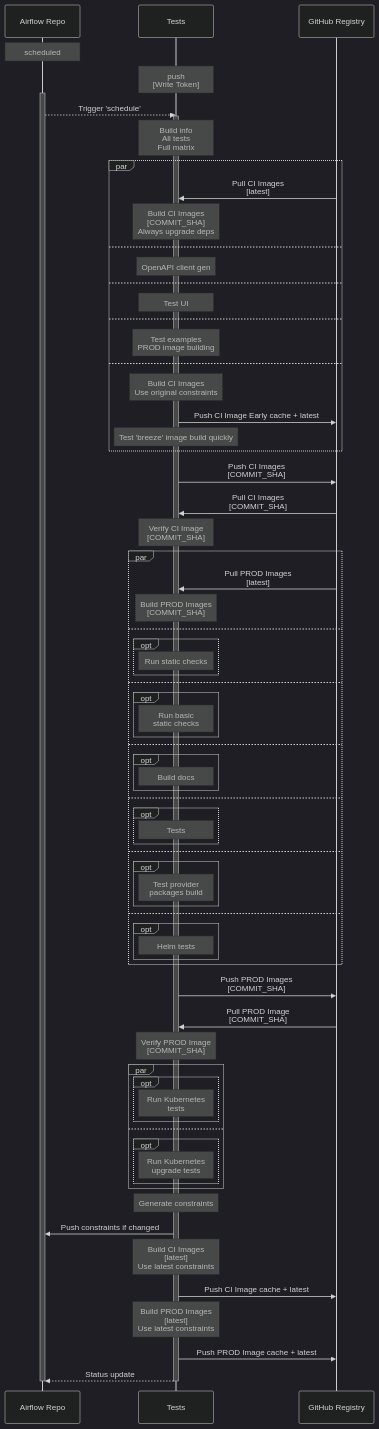
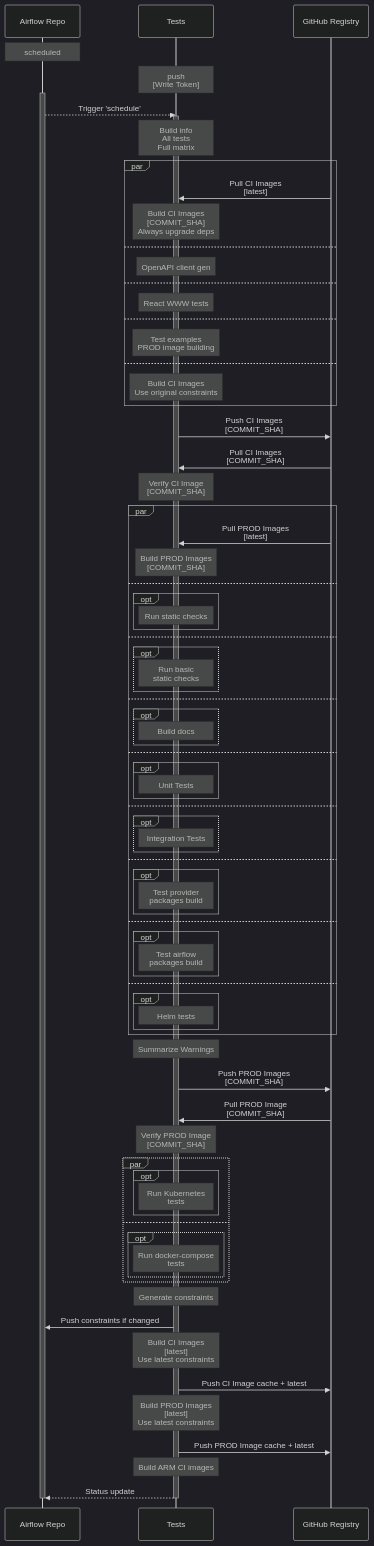
Before and after one commit to a0x8o/airflow: the fourth of 4 diagrams in CI_DIAGRAMS.md, drawn with Mermaid (dark theme). The commit also changed other lines of this file and 43 other files, not shown here.

```diff
--- a/CI_DIAGRAMS.md
+++ b/CI_DIAGRAMS.md
@@ -274,13 +313,11 @@
     and
         Note over Tests: OpenAPI client gen
     and
-        Note over Tests: Test UI
+        Note over Tests: React WWW tests
     and
         Note over Tests: Test examples<br>PROD image building
     and
         Note over Tests: Build CI Images<br>Use original constraints
-        Tests ->> GitHub Registry: Push CI Image Early cache + latest
-        Note over Tests: Test 'breeze' image build quickly
     end
     Tests ->> GitHub Registry: Push CI Images<br>[COMMIT_SHA]
     GitHub Registry ->> Tests: Pull CI Images<br>[COMMIT_SHA]
@@ -302,7 +339,11 @@
         end
     and
         opt
-            Note over Tests: Tests
+            Note over Tests: Unit Tests
+        end
+    and
+        opt
+            Note over Tests: Integration Tests
         end
     and
         opt
@@ -310,9 +351,14 @@
         end
     and
         opt
+            Note over Tests: Test airflow <br>packages build
+        end
+    and
+        opt
             Note over Tests: Helm tests
         end
     end
+    Note over Tests: Summarize Warnings
     Tests ->> GitHub Registry: Push PROD Images<br>[COMMIT_SHA]
     GitHub Registry ->> Tests: Pull PROD Image<br>[COMMIT_SHA]
     Note over Tests: Verify PROD Image<br>[COMMIT_SHA]
@@ -322,7 +368,7 @@
         end
     and
         opt
-            Note over Tests: Run Kubernetes <br>upgrade tests
+            Note over Tests: Run docker-compose <br>tests
         end
     end
     Note over Tests: Generate constraints
@@ -331,6 +377,7 @@
     Tests ->> GitHub Registry: Push CI Image cache + latest
     Note over Tests: Build PROD Images<br>[latest]<br>Use latest constraints
     Tests ->> GitHub Registry: Push PROD Image cache + latest
+    Note over Tests: Build ARM CI images
     Tests -->> Airflow Repo: Status update
     deactivate Airflow Repo
     deactivate Tests
```
